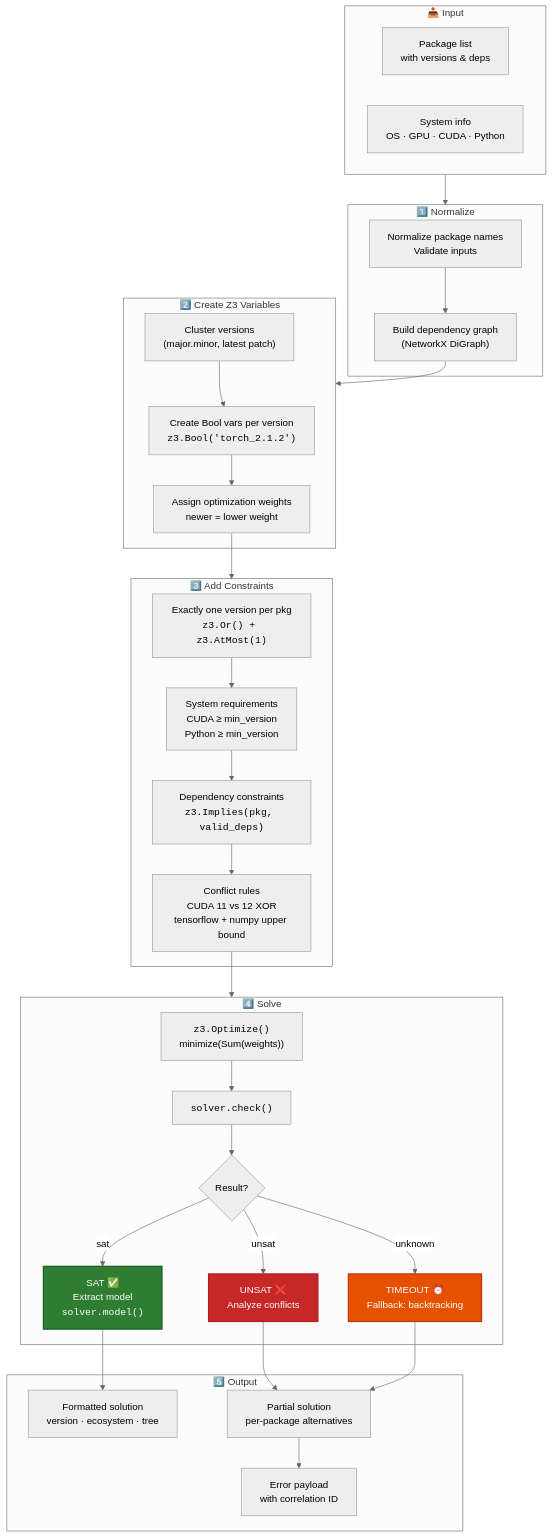
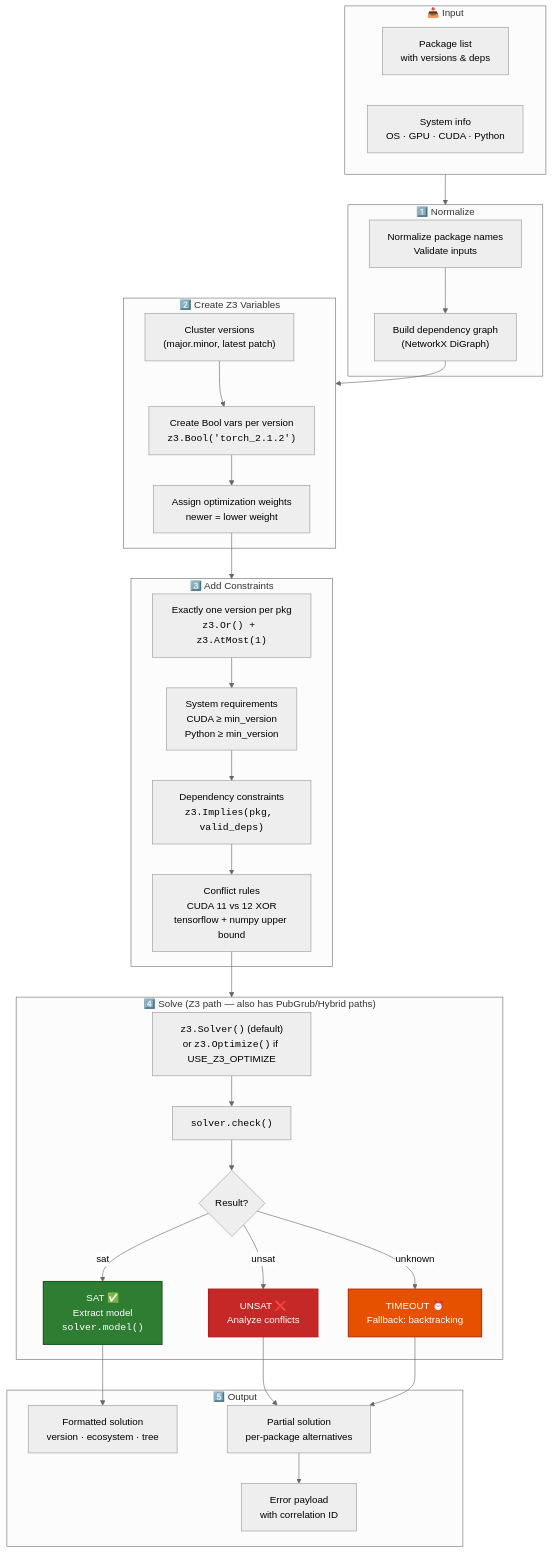
One commit to code-with-zeeshan/universal-dependency-resolver changed the diagram in docs/PERFORMANCE.md. Above: the diagram before and after it, drawn with Mermaid (neutral theme). The commit also changed other lines of this file and 17 other files, not shown here.

Commit message:
fix: doc diagram accuracy + Z3 optional dep + ecosystem category labels

````diff
--- a/docs/PERFORMANCE.md
+++ b/docs/PERFORMANCE.md
@@ -5,64 +5,64 @@
 ```mermaid
 flowchart TB
     subgraph Input["📥 Input"]
         PACKAGES["Package list<br/>with versions & deps"]
         SYSINFO["System info<br/>OS · GPU · CUDA · Python"]
     end
 
     subgraph Normalize["1️⃣ Normalize"]
         NORM["Normalize package names<br/>Validate inputs"]
         GRAPH["Build dependency graph<br/>(NetworkX DiGraph)"]
     end
 
     subgraph Variables["2️⃣ Create Z3 Variables"]
         VARS["Create Bool vars per version<br/><code>z3.Bool('torch_2.1.2')</code>"]
         CLUSTER["Cluster versions<br/>(major.minor, latest patch)"]
         WEIGHTS["Assign optimization weights<br/>newer = lower weight"]
     end
 
     subgraph Constraints["3️⃣ Add Constraints"]
         ONEVER["Exactly one version per pkg<br/><code>z3.Or() + z3.AtMost(1)</code>"]
         SYSREQ["System requirements<br/>CUDA ≥ min_version<br/>Python ≥ min_version"]
         DEP["Dependency constraints<br/><code>z3.Implies(pkg, valid_deps)</code>"]
         CONFLICT["Conflict rules<br/>CUDA 11 vs 12 XOR<br/>tensorflow + numpy upper bound"]
     end
 
-    subgraph Solve["4️⃣ Solve"]
-        OPT["<code>z3.Optimize()</code><br/>minimize(Sum(weights))"]
+    subgraph Solve["4️⃣ Solve (Z3 path — also has PubGrub/Hybrid paths)"]
+        OPT["<code>z3.Solver()</code> (default)<br/>or <code>z3.Optimize()</code> if USE_Z3_OPTIMIZE"]
         CHECK["<code>solver.check()</code>"]
         RESULT{"Result?"}
         SAT["SAT ✅<br/>Extract model<br/><code>solver.model()</code>"]
         UNSAT["UNSAT ❌<br/>Analyze conflicts"]
         TIMEOUT["TIMEOUT ⏰<br/>Fallback: backtracking"]
     end
 
     subgraph Output["5️⃣ Output"]
         SOLUTION["Formatted solution<br/>version · ecosystem · tree"]
         PARTIAL["Partial solution<br/>per-package alternatives"]
         ERROR["Error payload<br/>with correlation ID"]
     end
 
     Input --> Normalize
     NORM --> GRAPH
     GRAPH --> Variables
     CLUSTER --> VARS
     VARS --> WEIGHTS
     WEIGHTS --> Constraints
     ONEVER --> SYSREQ
     SYSREQ --> DEP
     DEP --> CONFLICT
     CONFLICT --> Solve
     OPT --> CHECK
     CHECK --> RESULT
     RESULT -->|"sat"| SAT
     RESULT -->|"unsat"| UNSAT
     RESULT -->|"unknown"| TIMEOUT
     SAT --> SOLUTION
     UNSAT --> PARTIAL
     TIMEOUT --> PARTIAL
     PARTIAL --> ERROR
 
     style SAT fill:#2e7d32,color:#fff,stroke:#1b5e20,stroke-width:2px
     style UNSAT fill:#c62828,color:#fff,stroke:#b71c1c,stroke-width:2px
     style TIMEOUT fill:#e65100,color:#fff,stroke:#bf360c,stroke-width:2px
 ```
````
